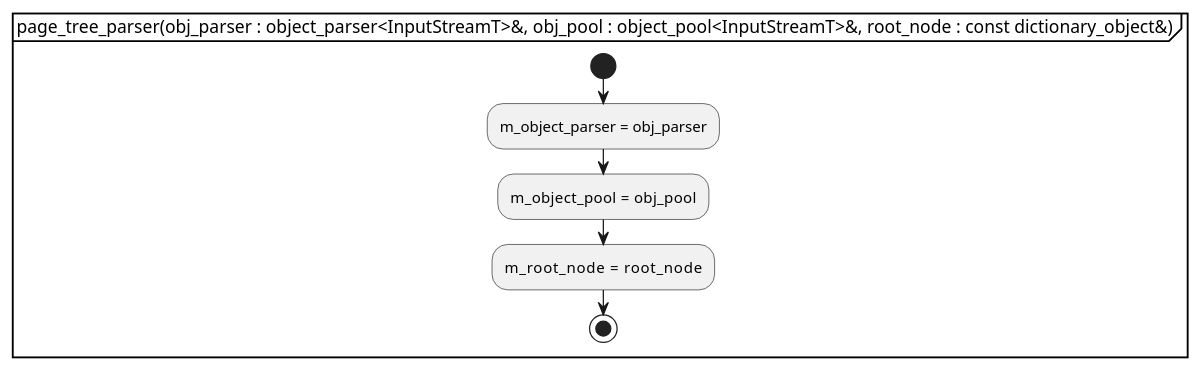
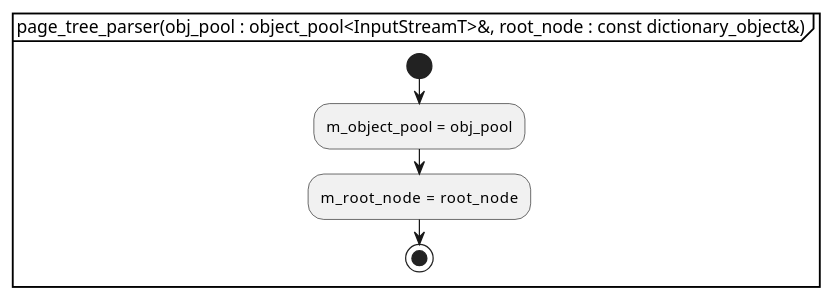
One commit to KodaiYM/PDFReader changed the first of 3 diagrams in document/document_reader/page_tree_parser/page_tree_parser.activity.pu. Above: the diagram before and after it, drawn with PlantUML. The commit also changed 6 other files, not shown here.

Commit message:
page_tree_parser の不要な object_parser への参照を削除

```diff
--- a/document/document_reader/page_tree_parser/page_tree_parser.activity.pu
+++ b/document/document_reader/page_tree_parser/page_tree_parser.activity.pu
@@ -1,9 +1,8 @@
 @startuml page_tree_parser
-partition "page_tree_parser(obj_parser : object_parser<InputStreamT>&, obj_pool : object_pool<InputStreamT>&, root_node : const dictionary_object&)" {
+partition "page_tree_parser(obj_pool : object_pool<InputStreamT>&, root_node : const dictionary_object&)" {
 start
-	:m_object_parser = obj_parser;
 	:m_object_pool   = obj_pool;
 	:m_root_node     = root_node;
 stop
 }
 @enduml
```
